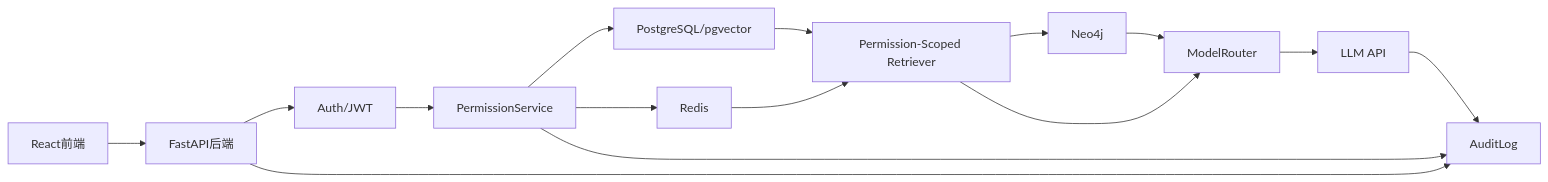
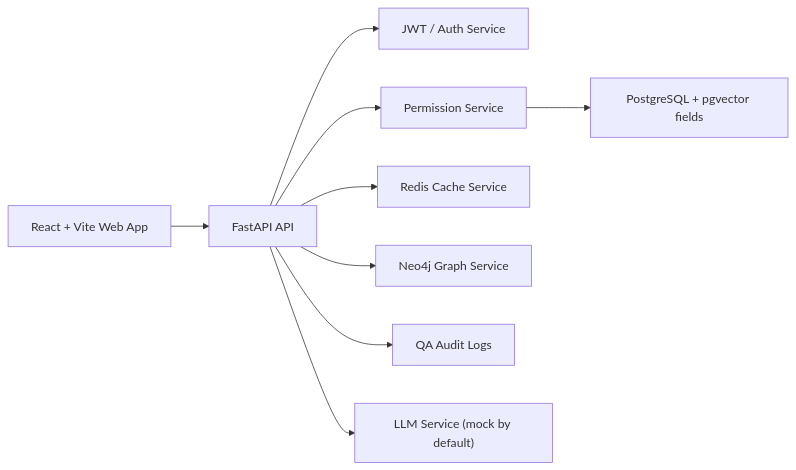
Before and after one commit to jimzhou03/permission-aware-enterprise-graphrag: the diagram in README.md, drawn with Mermaid. The commit also changed other lines of this file and 2 other files, not shown here.

````diff
--- a/README.md
+++ b/README.md
@@ -86,17 +17,11 @@
 ```mermaid
 flowchart LR
-    Web["React前端"] --> API["FastAPI后端"]
-    API --> Auth["Auth/JWT"]
-    Auth --> Perm["PermissionService"]
-    Perm --> PG["PostgreSQL/pgvector"]
-    Perm --> Cache["Redis"]
-    PG --> Retriever["Permission-Scoped Retriever"]
-    Cache --> Retriever
-    Retriever --> Graph["Neo4j"]
-    Graph --> Router["ModelRouter"]
-    Retriever --> Router
-    Router --> LLM["LLM API"]
-    LLM --> Audit["AuditLog"]
-    Perm --> Audit
-    API --> Audit
+    Web["React + Vite Web App"] --> API["FastAPI API"]
+    API --> Auth["JWT / Auth Service"]
+    API --> Perm["Permission Service"]
+    Perm --> PG["PostgreSQL + pgvector fields"]
+    API --> Cache["Redis Cache Service"]
+    API --> Graph["Neo4j Graph Service"]
+    API --> Audit["QA Audit Logs"]
+    API --> LLM["LLM Service (mock by default)"]
 ```
````
